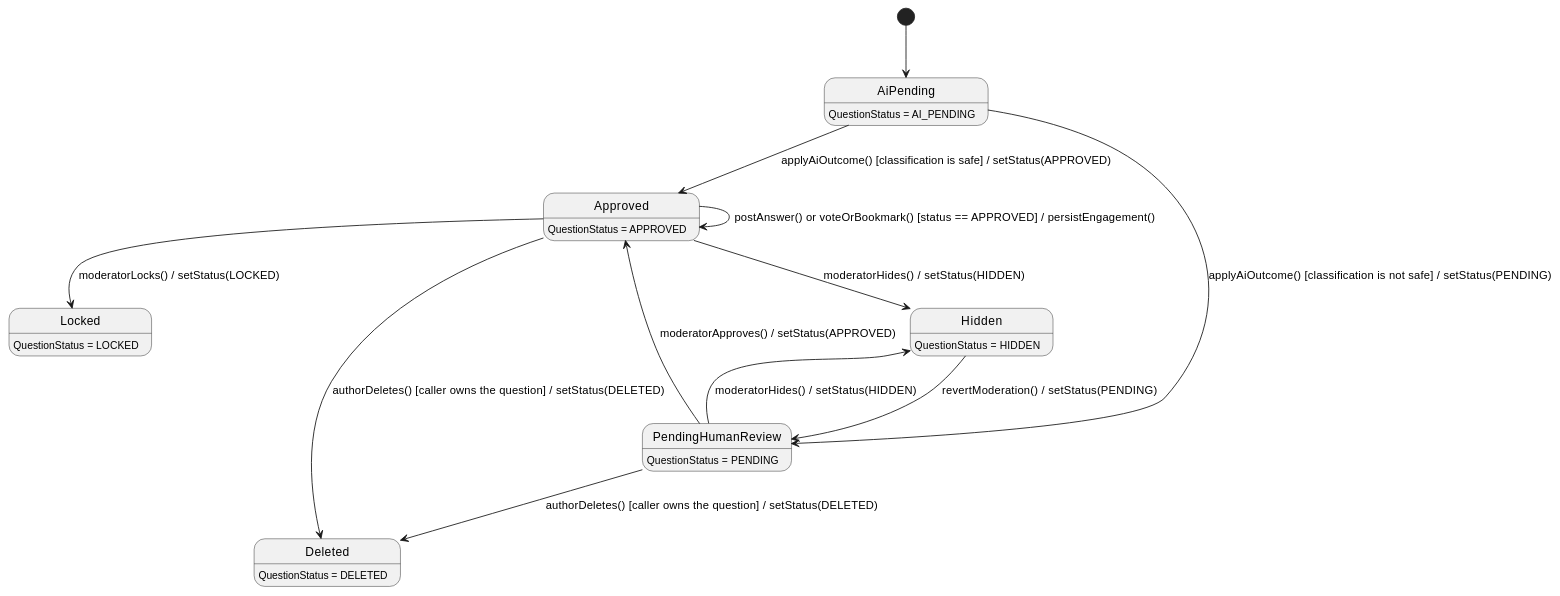
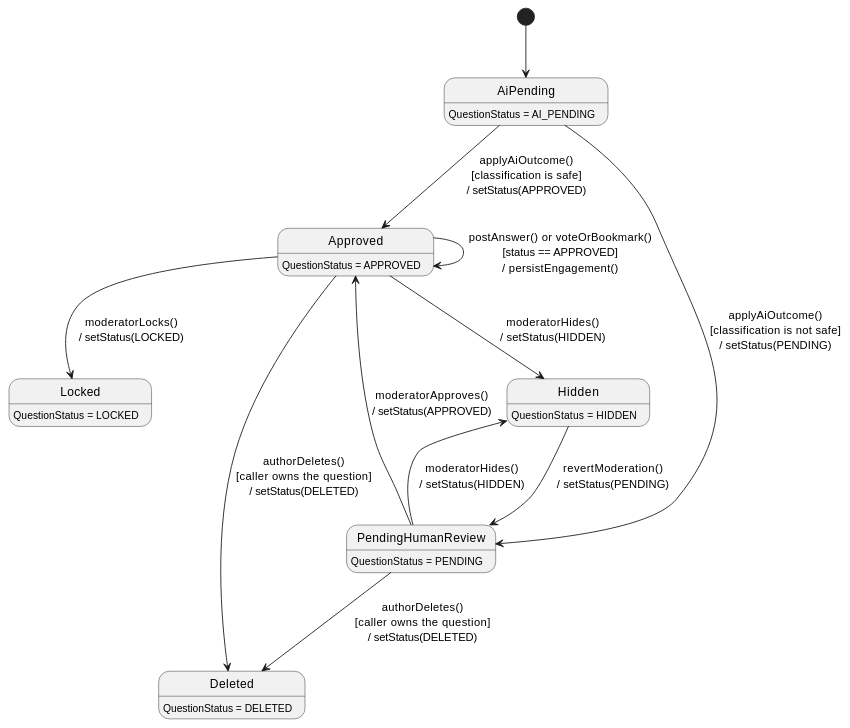
One commit to ChuongBDHE172784/CareBridge_SEP490_G79 changed the third of 3 diagrams in 03_Design/Detailed_Design/MF04_Community_QA_Moderation/01_Community_QA_Search_and_Engagement.md. Above: the diagram before and after it, drawn with PlantUML. The commit also changed 61 other files, not shown here.

Commit message:
docs: update detailed design documentation and state chart diagrams across all feature modules

````diff
--- a/03_Design/Detailed_Design/MF04_Community_QA_Moderation/01_Community_QA_Search_and_Engagement.md
+++ b/03_Design/Detailed_Design/MF04_Community_QA_Moderation/01_Community_QA_Search_and_Engagement.md
@@ -365,24 +365,24 @@
 ```plantuml
 @startuml StateChartDiagram_01CommunityQASearchandEngagement
 hide empty description
 [*] --> AiPending
 
-AiPending --> Approved : applyAiOutcome() [classification is safe] / setStatus(APPROVED)
-AiPending --> PendingHumanReview : applyAiOutcome() [classification is not safe] / setStatus(PENDING)
-PendingHumanReview --> Approved : moderatorApproves() / setStatus(APPROVED)
-Approved --> Hidden : moderatorHides() / setStatus(HIDDEN)
-PendingHumanReview --> Hidden : moderatorHides() / setStatus(HIDDEN)
-Hidden --> PendingHumanReview : revertModeration() / setStatus(PENDING)
-Approved --> Locked : moderatorLocks() / setStatus(LOCKED)
-Approved --> Approved : postAnswer() or voteOrBookmark() [status == APPROVED] / persistEngagement()
-Approved --> Deleted : authorDeletes() [caller owns the question] / setStatus(DELETED)
-PendingHumanReview --> Deleted : authorDeletes() [caller owns the question] / setStatus(DELETED)
+AiPending --> Approved : applyAiOutcome()\n[classification is safe]\n/ setStatus(APPROVED)
+AiPending --> PendingHumanReview : applyAiOutcome()\n[classification is not safe]\n/ setStatus(PENDING)
+PendingHumanReview --> Approved : moderatorApproves()\n/ setStatus(APPROVED)
+Approved --> Hidden : moderatorHides()\n/ setStatus(HIDDEN)
+PendingHumanReview --> Hidden : moderatorHides()\n/ setStatus(HIDDEN)
+Hidden --> PendingHumanReview : revertModeration()\n/ setStatus(PENDING)
+Approved --> Locked : moderatorLocks()\n/ setStatus(LOCKED)
+Approved --> Approved : postAnswer() or voteOrBookmark()\n[status == APPROVED]\n/ persistEngagement()
+Approved --> Deleted : authorDeletes()\n[caller owns the question]\n/ setStatus(DELETED)
+PendingHumanReview --> Deleted : authorDeletes()\n[caller owns the question]\n/ setStatus(DELETED)
 
 AiPending : QuestionStatus = AI_PENDING
 PendingHumanReview : QuestionStatus = PENDING
 Approved : QuestionStatus = APPROVED
 Hidden : QuestionStatus = HIDDEN
 Locked : QuestionStatus = LOCKED
 Deleted : QuestionStatus = DELETED
 @enduml
 ```
````
